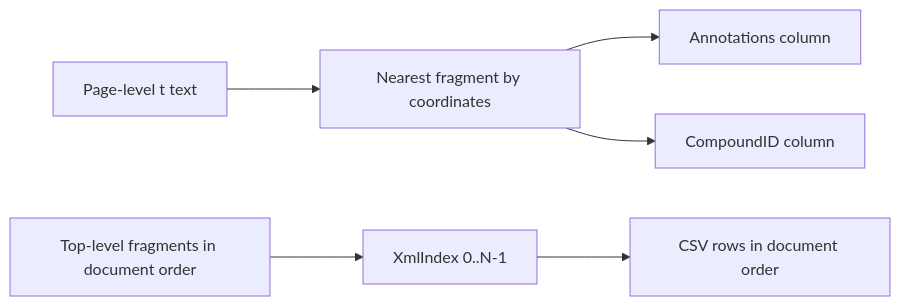
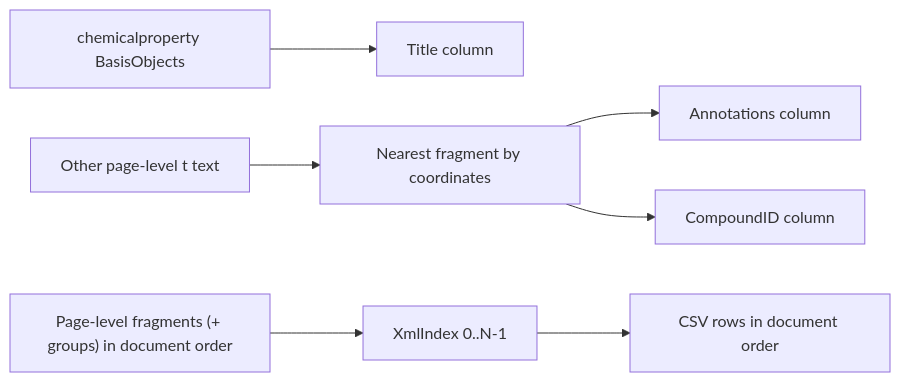
Before and after one commit to sameer24688-jpg/Convertia: the fourth of 4 diagrams in standalone/ARCHITECTURE.md, drawn with Mermaid. The commit also changed other lines of this file and 28 other files, not shown here.

````diff
--- a/standalone/ARCHITECTURE.md
+++ b/standalone/ARCHITECTURE.md
@@ -196,8 +195,9 @@
 ```mermaid
 flowchart LR
-    pageTexts["Page-level t text"] --> nearest["Nearest fragment by coordinates"]
+    chemprop["chemicalproperty BasisObjects"] --> titleCol["Title column"]
+    pageTexts["Other page-level t text"] --> nearest["Nearest fragment by coordinates"]
     nearest --> ann["Annotations column"]
     nearest --> cid["CompoundID column"]
-    fragments["Top-level fragments in document order"] --> xmlidx["XmlIndex 0..N-1"]
+    fragments["Page-level fragments (+ groups) in document order"] --> xmlidx["XmlIndex 0..N-1"]
     xmlidx --> csv["CSV rows in document order"]
 ```
````
